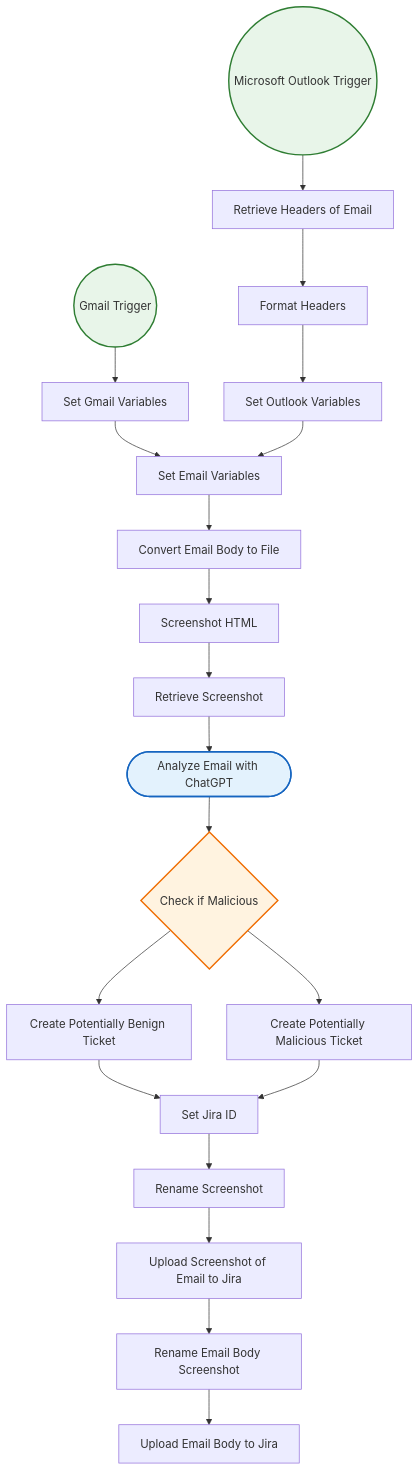
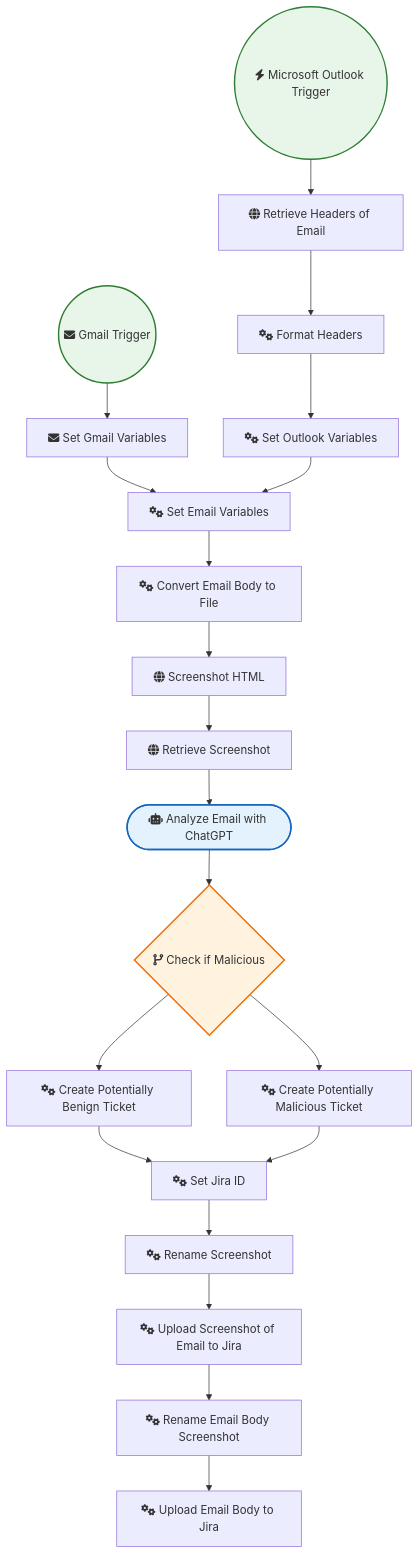
One commit to sreyash3105/N8N-DEMO-AUTOMATIONS changed the diagram in Gmail_and_Email_Automation/Analyze & Sort Suspicious Email Contents with ChatGPT.md. Above: the diagram before and after it, drawn with Mermaid. The commit also changed 291 other files, not shown here.

````diff
--- a/Gmail_and_Email_Automation/Analyze & Sort Suspicious Email Contents with ChatGPT.md
+++ b/Gmail_and_Email_Automation/Analyze & Sort Suspicious Email Contents with ChatGPT.md
@@ -1,46 +1,46 @@
 ```mermaid
 graph TD
     classDef trigger fill:#e8f5e9,stroke:#2e7d32,stroke-width:2px;
     classDef ai fill:#e3f2fd,stroke:#1565c0,stroke-width:2px;
     classDef logic fill:#fff3e0,stroke:#ef6c00,stroke-width:2px;
 
-    Gmail_Trigger(("Gmail Trigger")):::trigger
-    Microsoft_Outlook_Trigger(("Microsoft Outlook Trigger")):::trigger
-    Screenshot_HTML["Screenshot HTML"]
-    Retrieve_Screenshot["Retrieve Screenshot"]
-    Set_Outlook_Variables["Set Outlook Variables"]
-    Set_Gmail_Variables["Set Gmail Variables"]
-    Retrieve_Headers_of_Email["Retrieve Headers of Email"]
-    Format_Headers["Format Headers"]
-    Analyze_Email_with_ChatGPT(["Analyze Email with ChatGPT"]):::ai
-    Create_Potentially_Malicious_Ticket["Create Potentially Malicious Ticket"]
-    Create_Potentially_Benign_Ticket["Create Potentially Benign Ticket"]
-    Rename_Screenshot["Rename Screenshot"]
-    Set_Jira_ID["Set Jira ID"]
-    Upload_Screenshot_of_Email_to_Jira["Upload Screenshot of Email to Jira"]
-    Upload_Email_Body_to_Jira["Upload Email Body to Jira"]
-    Convert_Email_Body_to_File["Convert Email Body to File"]
-    Set_Email_Variables["Set Email Variables"]
-    Rename_Email_Body_Screenshot["Rename Email Body Screenshot"]
-    Check_if_Malicious{"Check if Malicious"}:::logic
+    Gmail_Trigger(("fas:fa-envelope Gmail Trigger")):::trigger
+    Microsoft_Outlook_Trigger(("fas:fa-bolt Microsoft Outlook Trigger")):::trigger
+    Screenshot_HTML["fas:fa-globe Screenshot HTML"]
+    Retrieve_Screenshot["fas:fa-globe Retrieve Screenshot"]
+    Set_Outlook_Variables["fas:fa-cogs Set Outlook Variables"]
+    Set_Gmail_Variables["fas:fa-envelope Set Gmail Variables"]
+    Retrieve_Headers_of_Email["fas:fa-globe Retrieve Headers of Email"]
+    Format_Headers["fas:fa-cogs Format Headers"]
+    Analyze_Email_with_ChatGPT(["fas:fa-robot Analyze Email with ChatGPT"]):::ai
+    Create_Potentially_Malicious_Ticket["fas:fa-cogs Create Potentially Malicious Ticket"]
+    Create_Potentially_Benign_Ticket["fas:fa-cogs Create Potentially Benign Ticket"]
+    Rename_Screenshot["fas:fa-cogs Rename Screenshot"]
+    Set_Jira_ID["fas:fa-cogs Set Jira ID"]
+    Upload_Screenshot_of_Email_to_Jira["fas:fa-cogs Upload Screenshot of Email to Jira"]
+    Upload_Email_Body_to_Jira["fas:fa-cogs Upload Email Body to Jira"]
+    Convert_Email_Body_to_File["fas:fa-cogs Convert Email Body to File"]
+    Set_Email_Variables["fas:fa-cogs Set Email Variables"]
+    Rename_Email_Body_Screenshot["fas:fa-cogs Rename Email Body Screenshot"]
+    Check_if_Malicious{"fas:fa-code-branch Check if Malicious"}:::logic
 
     Set_Jira_ID --> Rename_Screenshot
     Gmail_Trigger --> Set_Gmail_Variables
     Format_Headers --> Set_Outlook_Variables
     Screenshot_HTML --> Retrieve_Screenshot
     Rename_Screenshot --> Upload_Screenshot_of_Email_to_Jira
     Check_if_Malicious --> Create_Potentially_Malicious_Ticket
     Check_if_Malicious --> Create_Potentially_Benign_Ticket
     Retrieve_Screenshot --> Analyze_Email_with_ChatGPT
     Set_Email_Variables --> Convert_Email_Body_to_File
     Set_Gmail_Variables --> Set_Email_Variables
     Set_Outlook_Variables --> Set_Email_Variables
     Microsoft_Outlook_Trigger --> Retrieve_Headers_of_Email
     Retrieve_Headers_of_Email --> Format_Headers
     Analyze_Email_with_ChatGPT --> Check_if_Malicious
     Convert_Email_Body_to_File --> Screenshot_HTML
     Rename_Email_Body_Screenshot --> Upload_Email_Body_to_Jira
     Create_Potentially_Benign_Ticket --> Set_Jira_ID
     Upload_Screenshot_of_Email_to_Jira --> Rename_Email_Body_Screenshot
     Create_Potentially_Malicious_Ticket --> Set_Jira_ID
 ```
````
